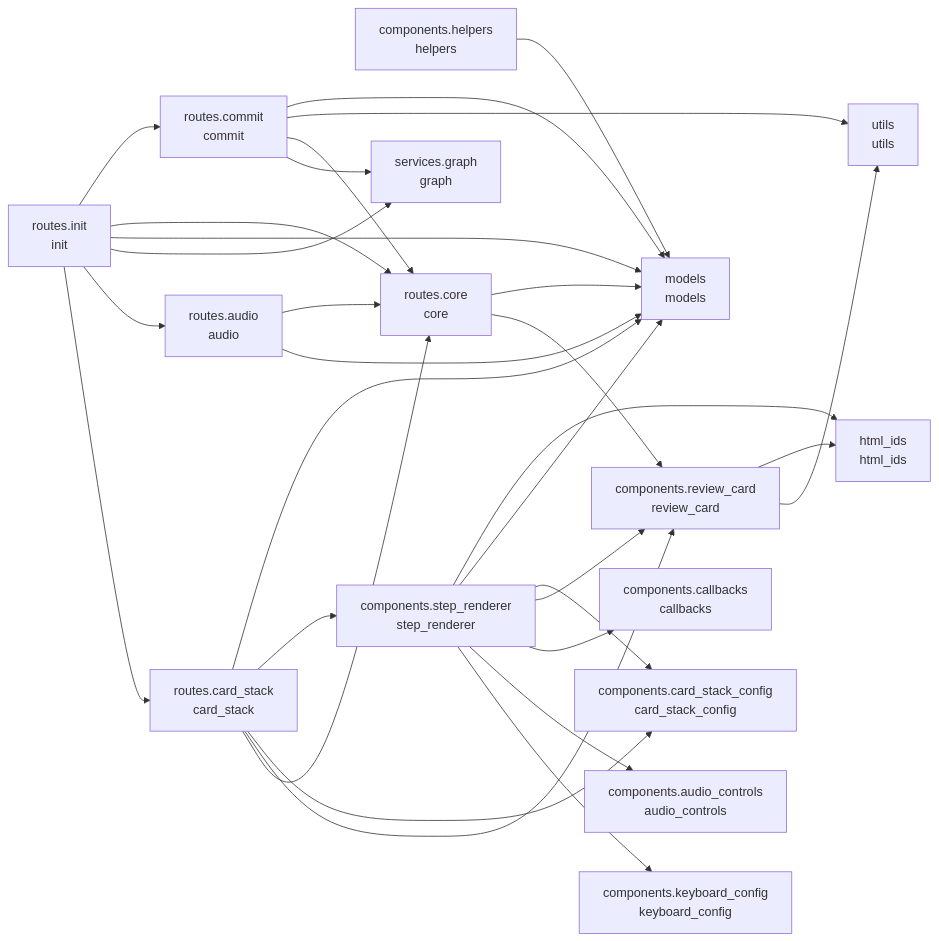
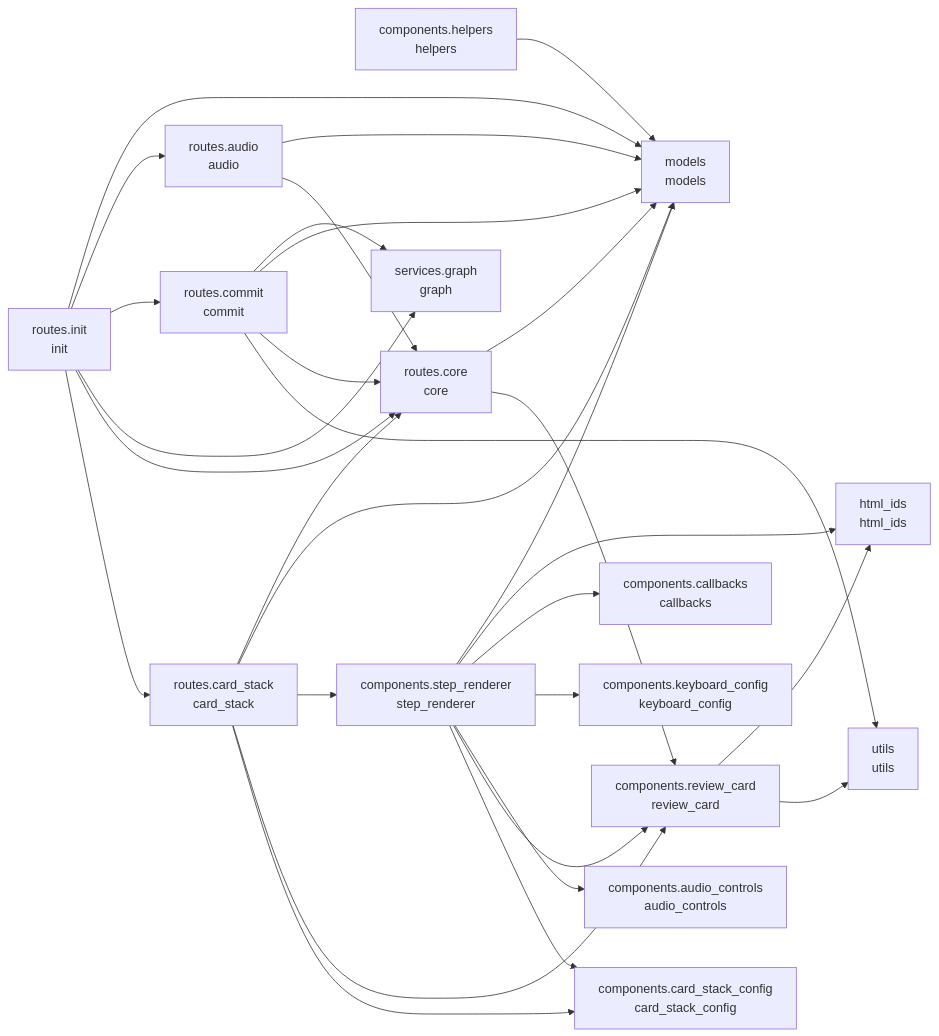
The diagram in README.md (cj-mills/cjm-transcript-review), drawn with Mermaid before and after one commit. The commit also changed other lines of this file and 12 other files, not shown here.

````diff
--- a/README.md
+++ b/README.md
@@ -39,49 +39,49 @@
 ``` mermaid
 graph LR
     components_audio_controls[components.audio_controls<br/>audio_controls]
     components_callbacks[components.callbacks<br/>callbacks]
     components_card_stack_config[components.card_stack_config<br/>card_stack_config]
     components_helpers[components.helpers<br/>helpers]
     components_keyboard_config[components.keyboard_config<br/>keyboard_config]
     components_review_card[components.review_card<br/>review_card]
     components_step_renderer[components.step_renderer<br/>step_renderer]
     html_ids[html_ids<br/>html_ids]
     models[models<br/>models]
     routes_audio[routes.audio<br/>audio]
     routes_card_stack[routes.card_stack<br/>card_stack]
     routes_commit[routes.commit<br/>commit]
     routes_core[routes.core<br/>core]
     routes_init[routes.init<br/>init]
     services_graph[services.graph<br/>graph]
     utils[utils<br/>utils]
 
     components_helpers --> models
+    components_review_card --> html_ids
     components_review_card --> utils
-    components_review_card --> html_ids
+    components_step_renderer --> models
+    components_step_renderer --> html_ids
+    components_step_renderer --> components_callbacks
     components_step_renderer --> components_keyboard_config
     components_step_renderer --> components_audio_controls
-    components_step_renderer --> components_callbacks
     components_step_renderer --> components_review_card
     components_step_renderer --> components_card_stack_config
-    components_step_renderer --> models
-    components_step_renderer --> html_ids
     routes_audio --> models
     routes_audio --> routes_core
     routes_card_stack --> routes_core
+    routes_card_stack --> models
+    routes_card_stack --> components_step_renderer
     routes_card_stack --> components_review_card
     routes_card_stack --> components_card_stack_config
-    routes_card_stack --> components_step_renderer
-    routes_card_stack --> models
     routes_commit --> services_graph
+    routes_commit --> models
     routes_commit --> routes_core
     routes_commit --> utils
-    routes_commit --> models
+    routes_core --> models
     routes_core --> components_review_card
-    routes_core --> models
+    routes_init --> models
+    routes_init --> routes_audio
+    routes_init --> routes_commit
+    routes_init --> services_graph
+    routes_init --> routes_core
     routes_init --> routes_card_stack
-    routes_init --> routes_audio
-    routes_init --> services_graph
-    routes_init --> models
-    routes_init --> routes_core
-    routes_init --> routes_commit
 ```
````
